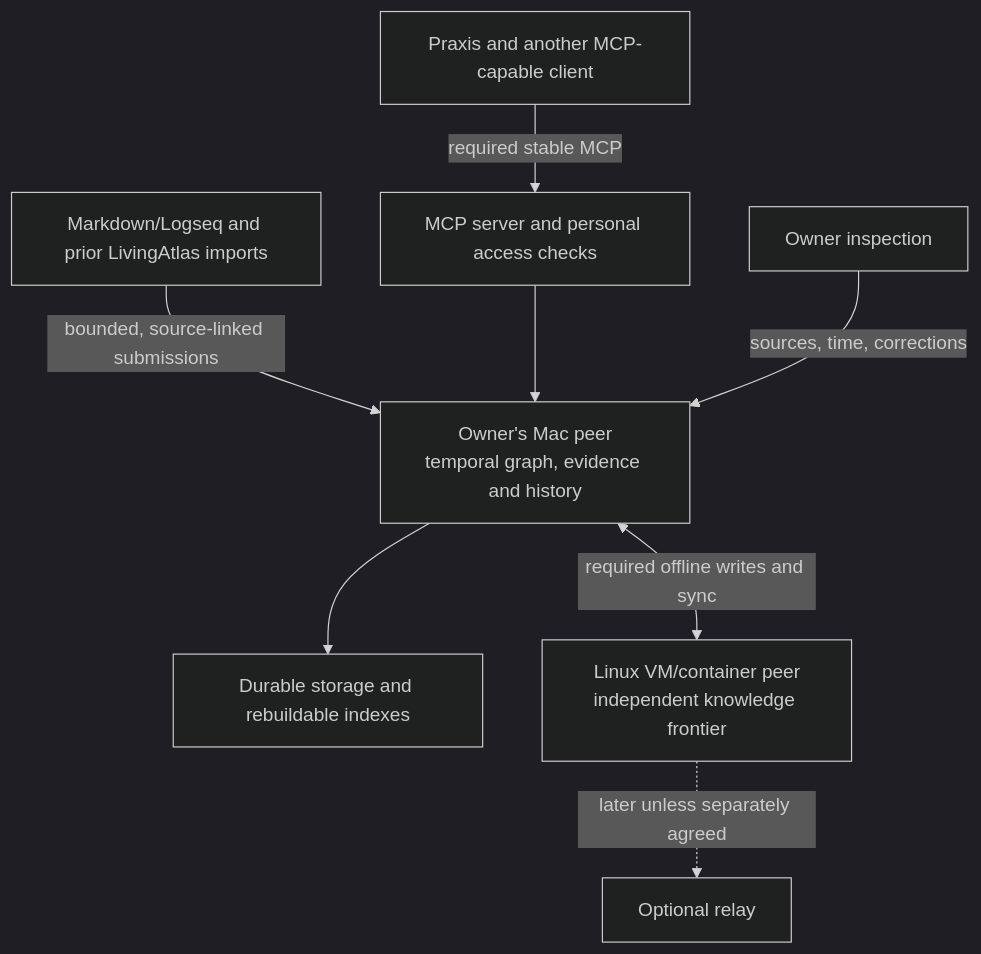
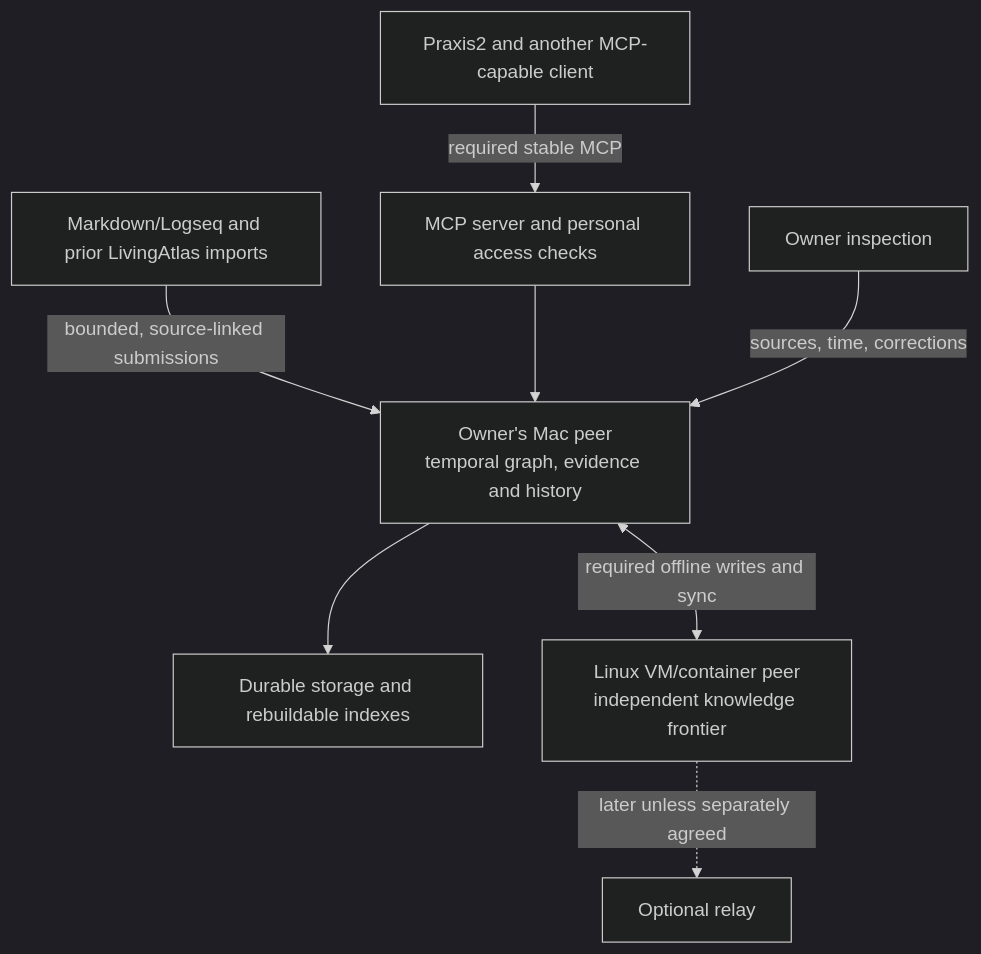
One commit to ProvisioInsights/RefactoredMemory changed the diagram in docs/PRD.md. Above: the diagram before and after it, drawn with Mermaid (dark theme). The commit also changed other lines of this file and 23 other files, not shown here.

Commit message:
Finalize Praxis2 MCP scope and enforce discoverable capture schemas

````diff
--- a/docs/PRD.md
+++ b/docs/PRD.md
@@ -268,10 +270,10 @@
 ```mermaid
 flowchart TB
-    C["Praxis and another MCP-capable client"] -->|"required stable MCP"| M["MCP server and personal access checks"]
+    C["Praxis2 and another MCP-capable client"] -->|"required stable MCP"| M["MCP server and personal access checks"]
     F["Markdown/Logseq and prior LivingAtlas imports"] -->|"bounded, source-linked submissions"| A
     M --> A["Owner's Mac peer<br/>temporal graph, evidence and history"]
     A --> I["Durable storage and rebuildable indexes"]
     U["Owner inspection"] -->|"sources, time, corrections"| A
     A <-->|"required offline writes and sync"| B["Linux VM/container peer<br/>independent knowledge frontier"]
     B -.->|"later unless separately agreed"| R["Optional relay"]
 ```
````
